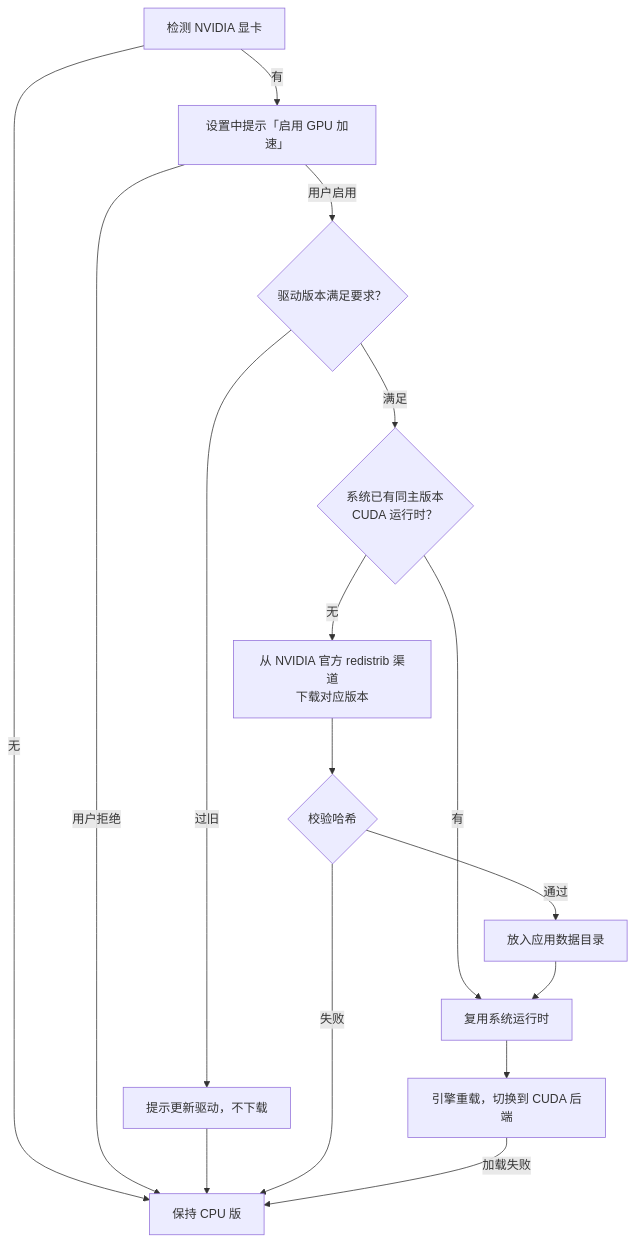
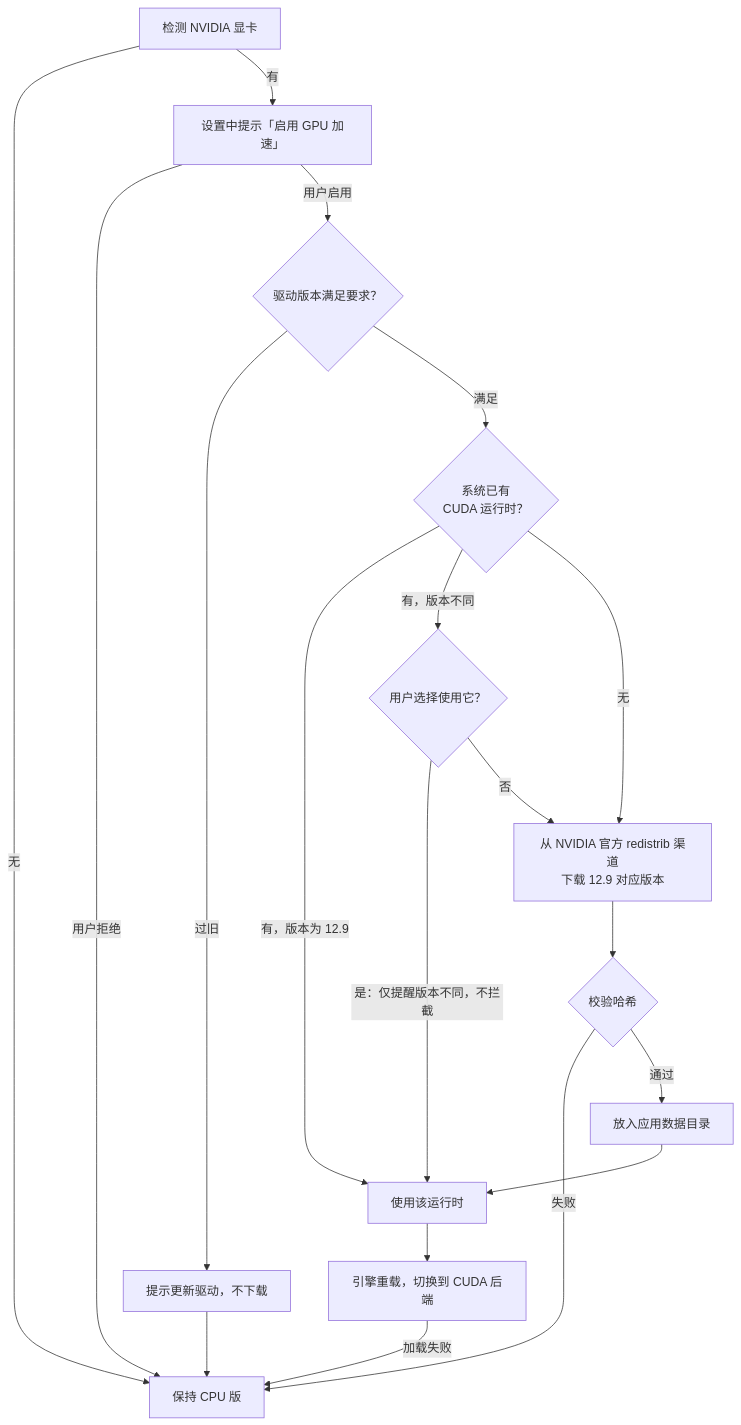
Before and after one commit to SenkjM/light-whisper: the third of 3 diagrams in docs/command-cube/PLAN.md, drawn with Mermaid. The commit also changed other lines of this file, not shown here.

Commit message:
docs(plan): 系统 CUDA 运行时版本不同时仅在用户选择时提醒

````diff
--- a/docs/command-cube/PLAN.md
+++ b/docs/command-cube/PLAN.md
@@ -303,17 +303,20 @@
 ```mermaid
 flowchart TD
   A["检测 NVIDIA 显卡"] -->|"无"| CPU["保持 CPU 版"]
   A -->|"有"| B["设置中提示「启用 GPU 加速」"]
   B -->|"用户拒绝"| CPU
   B -->|"用户启用"| C{"驱动版本满足要求？"}
   C -->|"过旧"| D["提示更新驱动，不下载"] --> CPU
-  C -->|"满足"| E{"系统已有同主版本<br/>CUDA 运行时？"}
-  E -->|"有"| L["复用系统运行时"]
-  E -->|"无"| F["从 NVIDIA 官方 redistrib 渠道<br/>下载对应版本"]
+  C -->|"满足"| E{"系统已有<br/>CUDA 运行时？"}
+  E -->|"有，版本为 12.9"| L["使用该运行时"]
+  E -->|"有，版本不同"| W{"用户选择使用它？"}
+  W -->|"是：仅提醒版本不同，不拦截"| L
+  W -->|"否"| F
+  E -->|"无"| F["从 NVIDIA 官方 redistrib 渠道<br/>下载 12.9 对应版本"]
   F --> G{"校验哈希"}
   G -->|"失败"| CPU
   G -->|"通过"| H["放入应用数据目录"]
   H --> L
   L --> R["引擎重载，切换到 CUDA 后端"]
   R -->|"加载失败"| CPU
 ```
````
